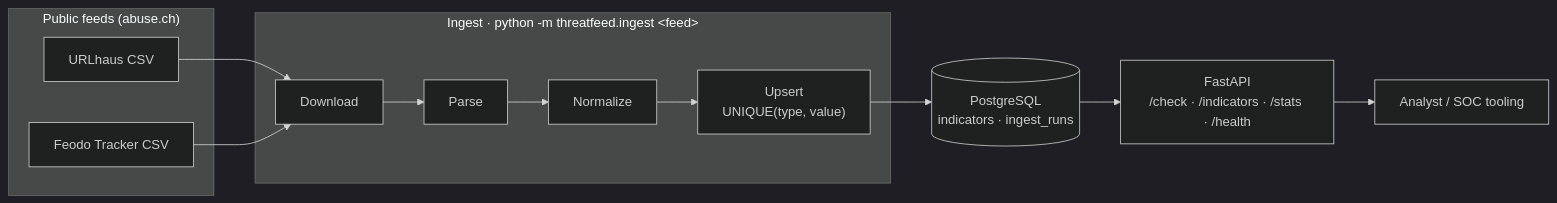
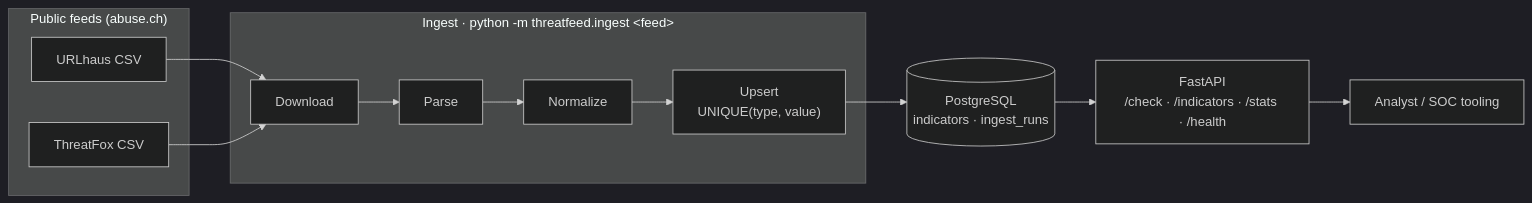
One commit to RubenDelgadoPareja/threatfeed changed the diagram in README.md. Above: the diagram before and after it, drawn with Mermaid (dark theme). The commit also changed other lines of this file and 21 other files, not shown here.

First line of the commit message:
Add ThreatFox ingestion on a shared base and confidence scores

````diff
--- a/README.md
+++ b/README.md
@@ -36,17 +37,17 @@
 ```mermaid
 flowchart LR
     subgraph feeds["Public feeds (abuse.ch)"]
         U[URLhaus CSV]
-        F[Feodo Tracker CSV]
+        T[ThreatFox CSV]
     end
 
     subgraph ingest["Ingest · python -m threatfeed.ingest &lt;feed&gt;"]
         D[Download] --> P[Parse] --> N[Normalize] --> UP["Upsert<br/>UNIQUE(type, value)"]
     end
 
     U --> D
-    F --> D
+    T --> D
     UP --> DB[("PostgreSQL<br/>indicators · ingest_runs")]
     DB --> API["FastAPI<br/>/check · /indicators · /stats · /health"]
     API --> SOC[Analyst / SOC tooling]
 ```
````
